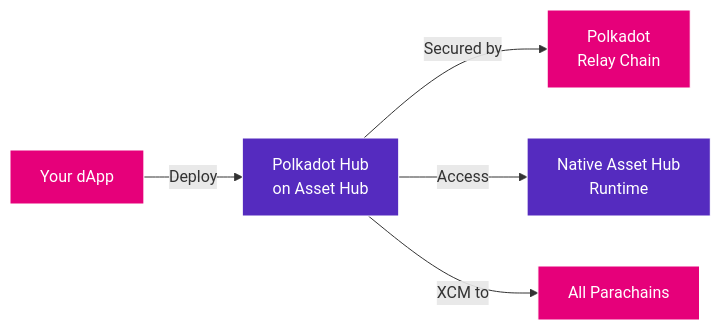
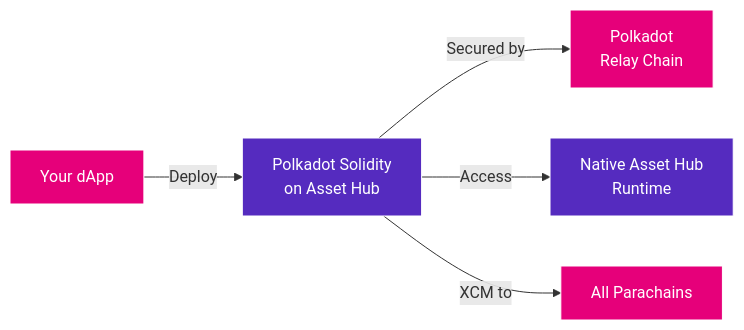
One commit to openguild-labs/polkadot-codecamp changed the third of 7 diagrams in slides/build-on-polkadot-narratives.md. Above: the diagram before and after it, drawn with Mermaid. The commit also changed other lines of this file and 29 other files, not shown here.

````diff
--- a/slides/build-on-polkadot-narratives.md
+++ b/slides/build-on-polkadot-narratives.md
@@ -197,13 +195,13 @@
 ```mermaid
 graph LR
-    DEV[Your dApp] -->|Deploy| HUB[Polkadot Hub<br/>on Asset Hub]
+    DEV[Your dApp] -->|Deploy| HUB[Polkadot Solidity<br/>on Asset Hub]
     HUB -->|Secured by| RELAY[Polkadot<br/>Relay Chain]
     HUB -->|Access| RUNTIME[Native Asset Hub<br/>Runtime]
     HUB -->|XCM to| PARAS[All Parachains]
 
     style DEV fill:#E6007A,stroke:#fff,color:#fff
     style HUB fill:#552BBF,stroke:#fff,color:#fff
     style RELAY fill:#E6007A,stroke:#fff,color:#fff
     style RUNTIME fill:#552BBF,stroke:#fff,color:#fff
     style PARAS fill:#E6007A,stroke:#fff,color:#fff
 ```
````
